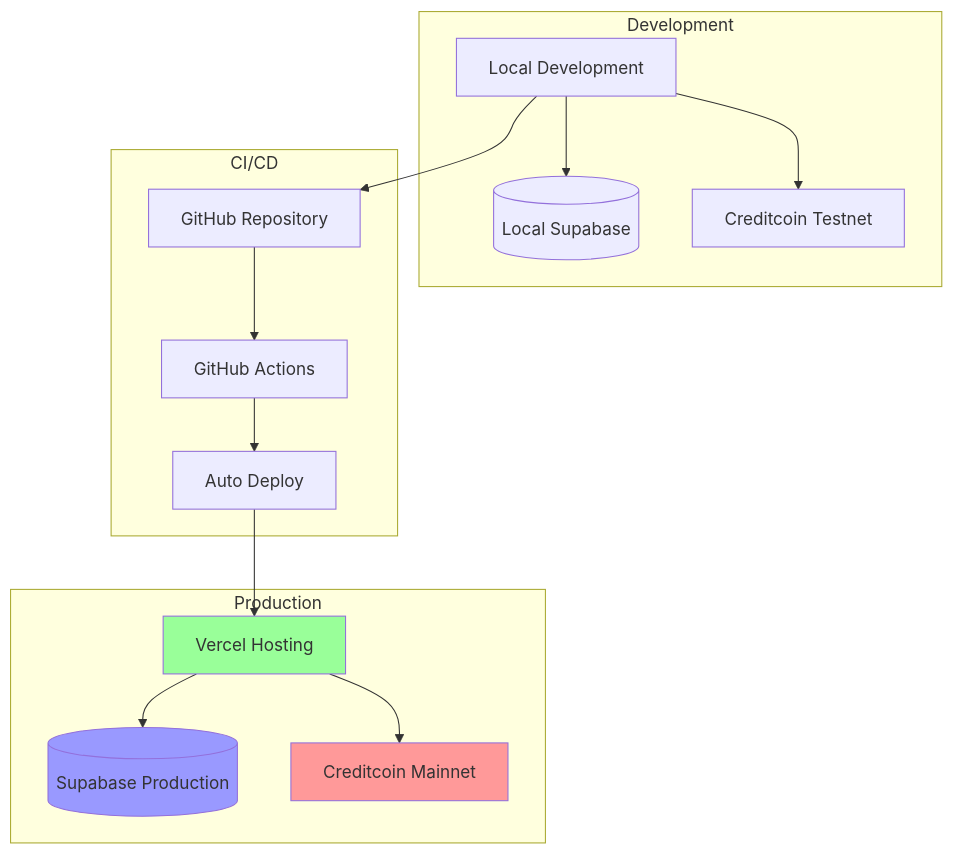
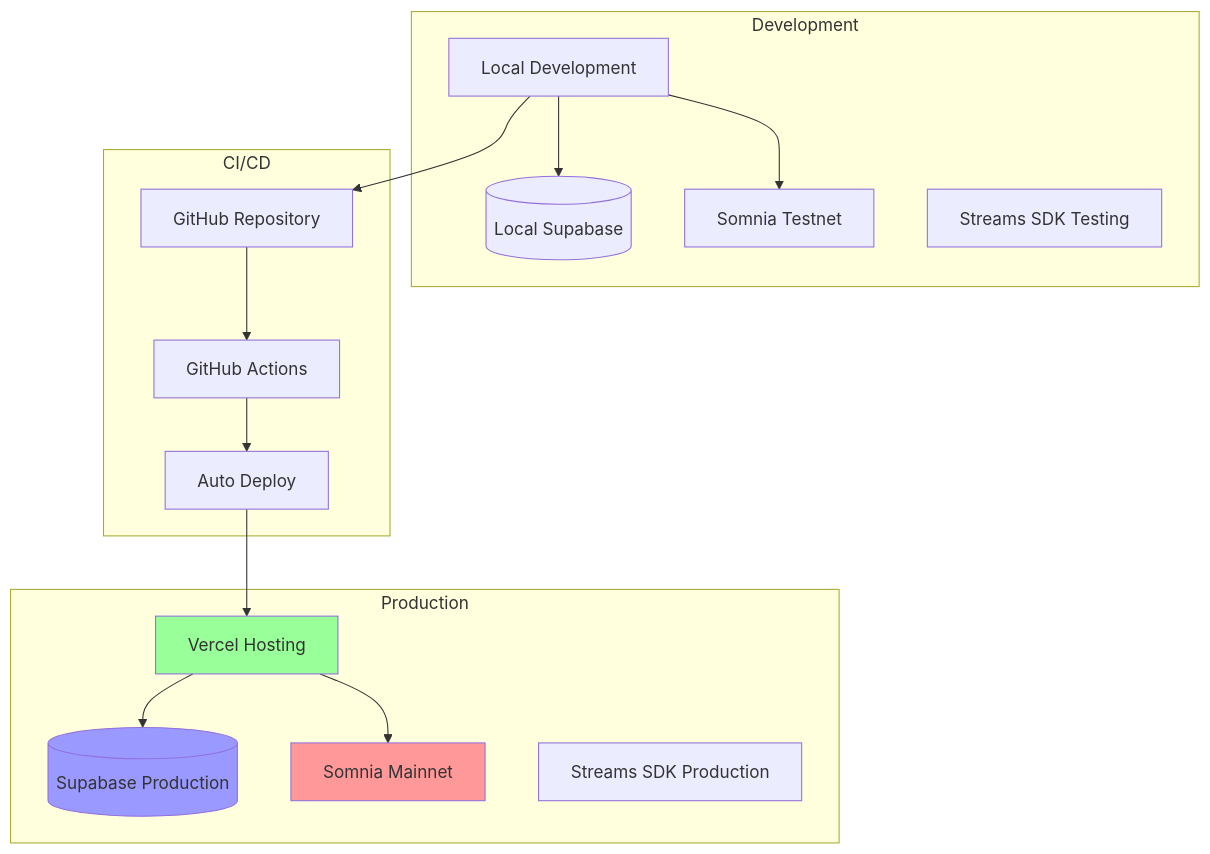
Diagram 11 of 12 in diagrams.md (enliven17/somnia-predict), drawn with Mermaid before and after one commit. The commit also changed other lines of this file and 13 other files, not shown here.

Commit message:
somnia streams

````diff
--- a/diagrams.md
+++ b/diagrams.md
@@ -294,35 +366,37 @@
 ```mermaid
 graph TB
     subgraph "Development"
         Dev[Local Development]
         DevDB[(Local Supabase)]
-        TestNet[Creditcoin Testnet]
+        TestNet[Somnia Testnet]
+        StreamsTest[Streams SDK Testing]
     end
     
     subgraph "Production"
         Vercel[Vercel Hosting]
         ProdDB[(Supabase Production)]
-        MainNet[Creditcoin Mainnet]
+        MainNet[Somnia Mainnet]
+        StreamsProd[Streams SDK Production]
     end
     
     subgraph "CI/CD"
         GitHub[GitHub Repository]
         Actions[GitHub Actions]
         Deploy[Auto Deploy]
     end
     
     Dev --> GitHub
     GitHub --> Actions
     Actions --> Deploy
     Deploy --> Vercel
     
     Vercel --> ProdDB
     Vercel --> MainNet
     
     Dev --> DevDB
     Dev --> TestNet
     
     style Vercel fill:#99ff99
     style ProdDB fill:#9999ff
     style MainNet fill:#ff9999
 ```
````
